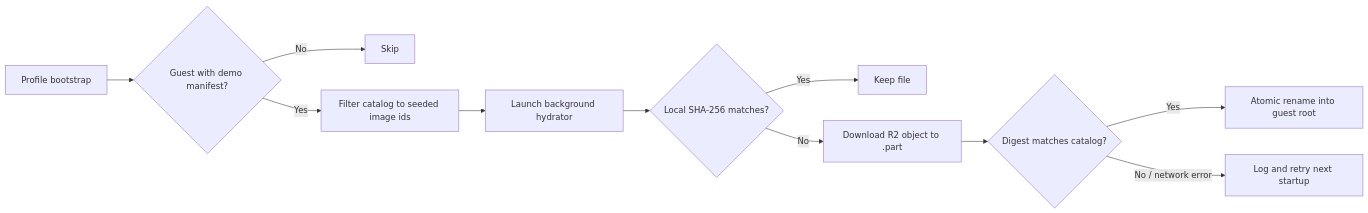
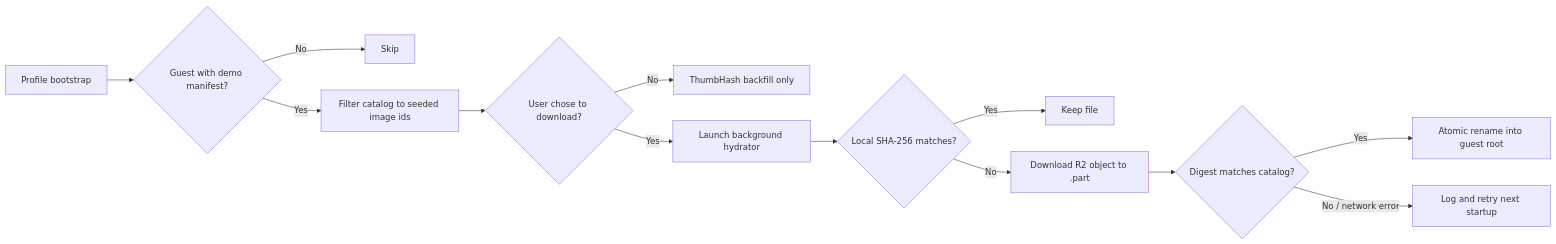
The fourth of 4 diagrams in knowledge/features/demo.md (matthiasn/lotti), drawn with Mermaid before and after one commit. The commit also changed other lines of this file and 45 other files, not shown here.

````diff
--- a/knowledge/features/demo.md
+++ b/knowledge/features/demo.md
@@ -274,13 +329,15 @@
 ```mermaid
 flowchart LR
     B[Profile bootstrap] --> M{Guest with demo manifest?}
     M -->|No| S[Skip]
     M -->|Yes| C[Filter catalog to seeded image ids]
-    C --> H[Launch background hydrator]
+    C --> U{User chose to download?}
+    U -->|No| TB[ThumbHash backfill only]
+    U -->|Yes| H[Launch background hydrator]
     H --> V{Local SHA-256 matches?}
     V -->|Yes| K[Keep file]
     V -->|No| D[Download R2 object to .part]
     D --> Q{Digest matches catalog?}
     Q -->|Yes| A[Atomic rename into guest root]
     Q -->|No / network error| R[Log and retry next startup]
 ```
````
